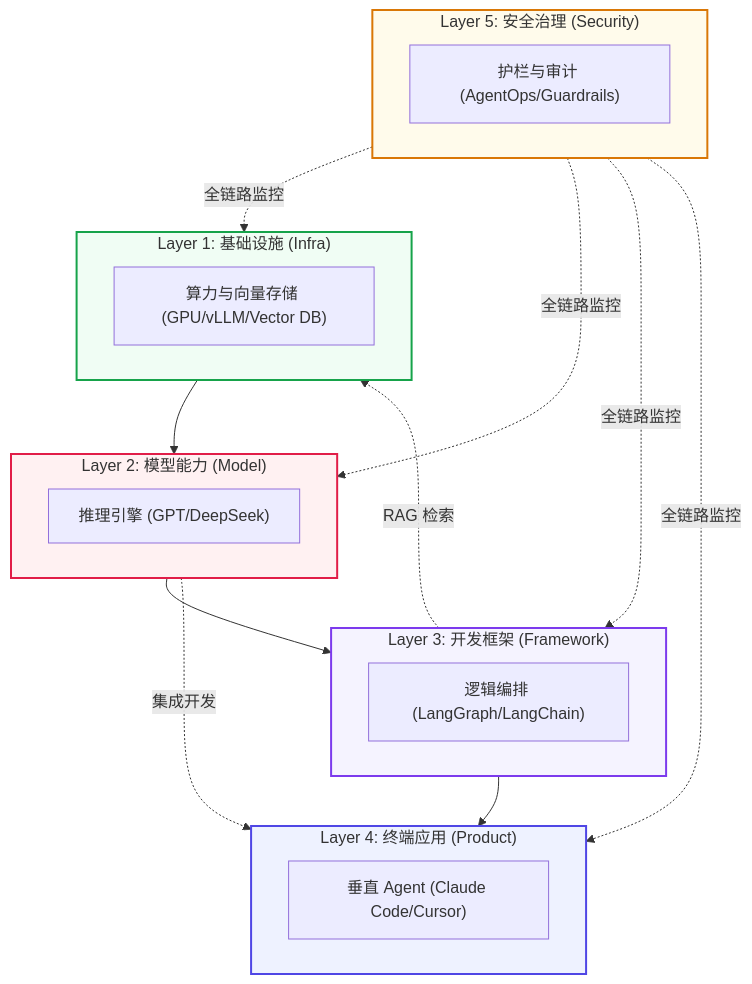
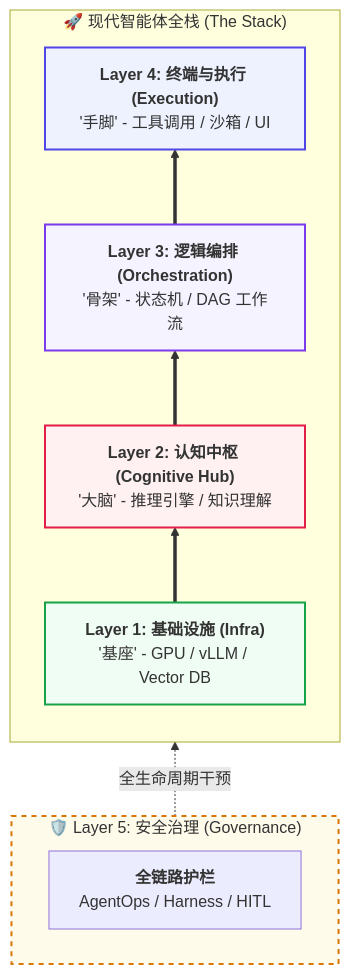
The second of 33 diagrams in doc/AI_Knowledge_Roadmap.md (wangchong2023/lang-chain-graph), drawn with Mermaid before and after one commit. The commit also changed other lines of this file, not shown here.

Commit message:
docs: update AI knowledge roadmap with new learning resources and milestones

````diff
--- a/doc/AI_Knowledge_Roadmap.md
+++ b/doc/AI_Knowledge_Roadmap.md
@@ -82,39 +82,26 @@
 ```mermaid
-graph TD
-    subgraph P ["Layer 4: 终端应用 (Product)"]
-        App["垂直 Agent (Claude Code/Cursor)"]
+graph BT
+    subgraph Governance ["🛡️ Layer 5: 安全治理 (Governance)"]
+        direction LR
+        Gov["<b>全链路护栏</b><br/>AgentOps / Harness / HITL"]
     end
 
-    subgraph F ["Layer 3: 开发框架 (Framework)"]
-        Framework["逻辑编排 (LangGraph/LangChain)"]
+    subgraph TechStack ["🚀 现代智能体全栈 (The Stack)"]
+        direction BT
+        L4["<b>Layer 4: 终端与执行 (Execution)</b><br/>'手脚' - 工具调用 / 沙箱 / UI"]
+        L3["<b>Layer 3: 逻辑编排 (Orchestration)</b><br/>'骨架' - 状态机 / DAG 工作流"]
+        L2["<b>Layer 2: 认知中枢 (Cognitive Hub)</b><br/>'大脑' - 推理引擎 / 知识理解"]
+        L1["<b>Layer 1: 基础设施 (Infra)</b><br/>'基座' - GPU / vLLM / Vector DB"]
+        
+        L1 ==> L2 ==> L3 ==> L4
     end
 
-    subgraph M ["Layer 2: 模型能力 (Model)"]
-        Model["推理引擎 (GPT/DeepSeek)"]
-    end
-
-    subgraph I ["Layer 1: 基础设施 (Infra)"]
-        Infra["算力与向量存储 (GPU/vLLM/Vector DB)"]
-    end
-
-    subgraph G ["Layer 5: 安全治理 (Security)"]
-        Gov["护栏与审计 (AgentOps/Guardrails)"]
-    end
-
-    %% 纵向依赖关系
-    I --> M
-    M --> F
-    F --> P
-    
-    %% 交互细节
-    F -. "RAG 检索" .-> I
-    M -. "集成开发" .-> P
-    G -. "全链路监控" .-> I & M & F & P
+    Governance -. "全生命周期干预" .-> TechStack
 
     %% 样式美化
-    style P fill:#eef2ff,stroke:#4f46e5,stroke-width:2px
-    style F fill:#f5f3ff,stroke:#7c3aed,stroke-width:2px
-    style M fill:#fff1f2,stroke:#e11d48,stroke-width:2px
-    style I fill:#f0fdf4,stroke:#16a34a,stroke-width:2px
-    style G fill:#fffbeb,stroke:#d97706,stroke-width:2px
+    style L4 fill:#eef2ff,stroke:#4f46e5,stroke-width:2px
+    style L3 fill:#f5f3ff,stroke:#7c3aed,stroke-width:2px
+    style L2 fill:#fff1f2,stroke:#e11d48,stroke-width:2px
+    style L1 fill:#f0fdf4,stroke:#16a34a,stroke-width:2px
+    style Governance fill:#fffbeb,stroke:#d97706,stroke-width:2px,stroke-dasharray: 5 5
 ```
````
